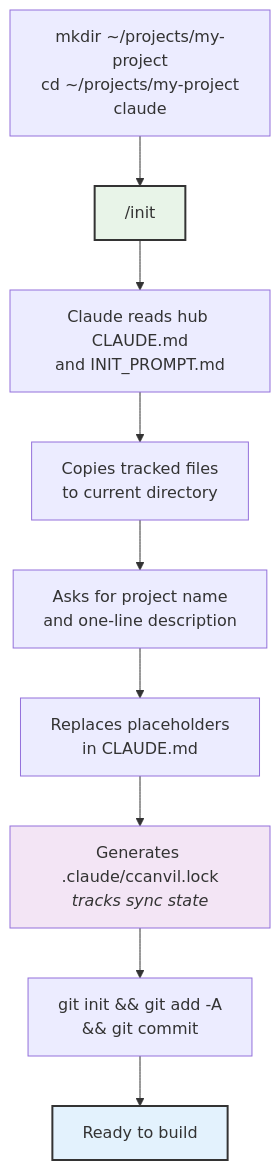
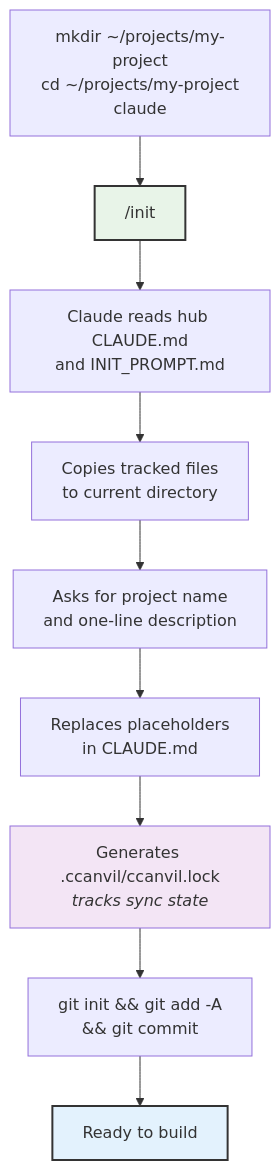
One commit to goldhaxx/ccanvil changed the second of 2 diagrams in .ccanvil/guide/getting-started.md. Above: the diagram before and after it, drawn with Mermaid. The commit also changed 4 other files, not shown here.

First line of the commit message:
docs(sync): clarify ccanvil.lock is tracked for provenance; fix stale path refs (#201)

````diff
--- a/.ccanvil/guide/getting-started.md
+++ b/.ccanvil/guide/getting-started.md
@@ -19,15 +19,15 @@
 ```mermaid
 flowchart TD
     A["mkdir ~/projects/my-project<br/>cd ~/projects/my-project<br/>claude"] --> B["/init"]
     B --> C["Claude reads hub CLAUDE.md<br/>and INIT_PROMPT.md"]
     C --> D["Copies tracked files<br/>to current directory"]
     D --> E["Asks for project name<br/>and one-line description"]
     E --> F["Replaces placeholders<br/>in CLAUDE.md"]
-    F --> G["Generates .claude/ccanvil.lock<br/><i>tracks sync state</i>"]
+    F --> G["Generates .ccanvil/ccanvil.lock<br/><i>tracks sync state</i>"]
     G --> H["git init && git add -A<br/>&& git commit"]
     H --> I["Ready to build"]
 
     style B fill:#e8f4e8,stroke:#333,stroke-width:2px
     style G fill:#f3e5f5
     style I fill:#e3f2fd,stroke:#333,stroke-width:2px
 ```
````
